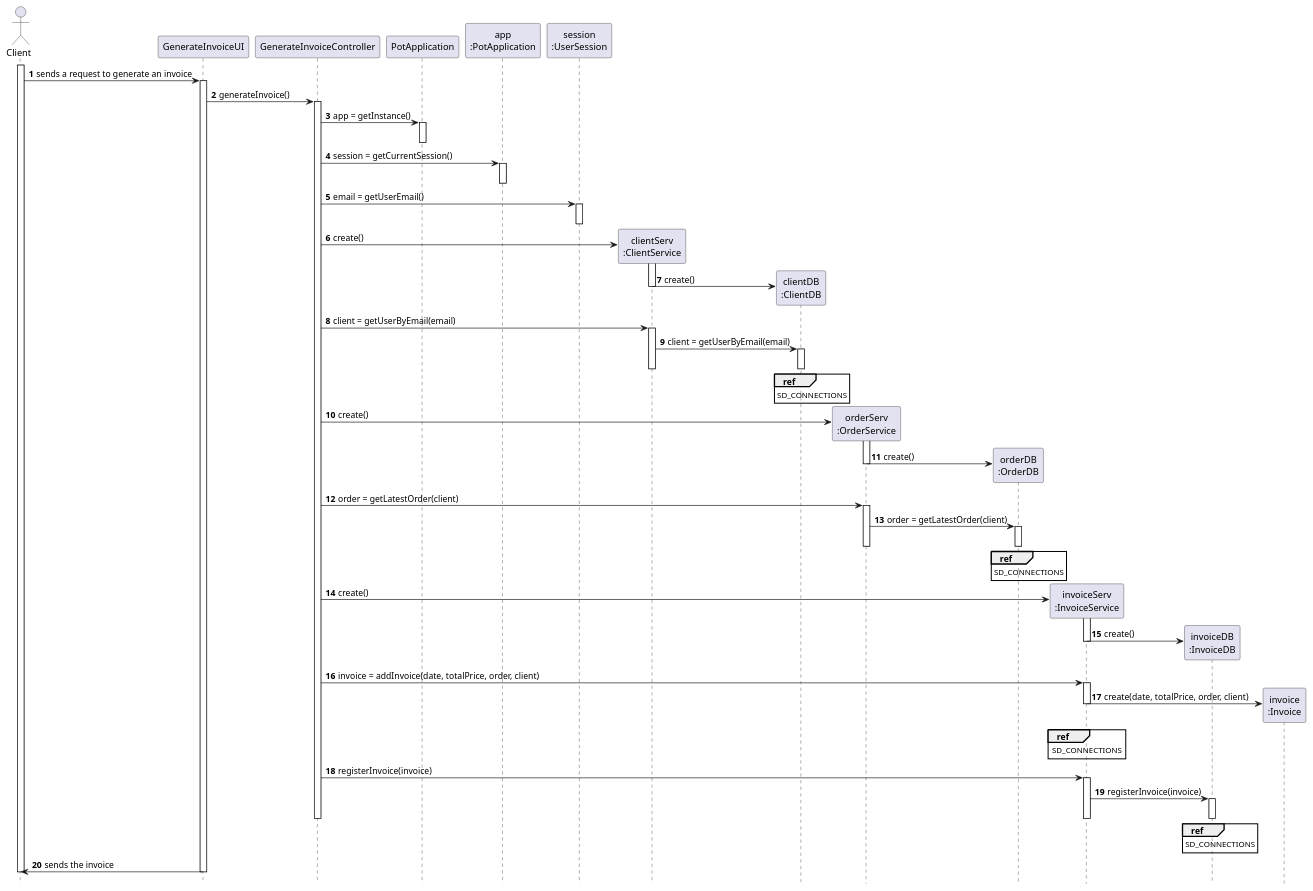
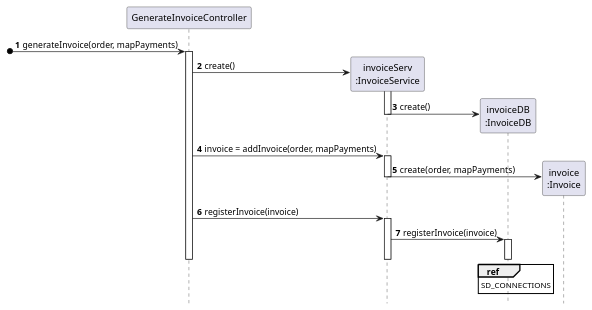
The diagram in docs/Iteration 2/Make An Order/Refinement/US26_GenerateInvoice/US26_SD.puml (tiagoavcosta25/LAPR3), drawn with PlantUML before and after one commit. The commit also changed 7 other files, not shown here.

Commit message:
LAPR2AP2-155 #refining Generate Invoice [Review]

```diff
--- a/docs/Iteration 2/Make An Order/Refinement/US26_GenerateInvoice/US26_SD.puml
+++ b/docs/Iteration 2/Make An Order/Refinement/US26_GenerateInvoice/US26_SD.puml
@@ -1,92 +1,35 @@
 @startuml
 autonumber
 hide footbox
 
-actor "Client" as CL
-
-participant "GenerateInvoiceUI" as UI
 participant "GenerateInvoiceController" as CTRL
-participant "PotApplication" as _APP
-participant "app\n:PotApplication" as APP
-participant "session\n:UserSession" as SESSION
-participant "clientServ\n:ClientService" as CS
-participant "clientDB\n:ClientDB" as CDB
-participant "orderServ\n:OrderService" as OS
-participant "orderDB\n:OrderDB" as ODB
 participant "invoiceServ\n:InvoiceService" as IS
 participant "invoiceDB\n:InvoiceDB" as IDB
 participant "invoice\n:Invoice" as I
 
-activate CL
 
-CL -> UI : sends a request to generate an invoice
-activate UI
-UI -> CTRL : generateInvoice()
+[o-> CTRL : generateInvoice(order, mapPayments)
 activate CTRL
-CTRL -> _APP: app = getInstance()
-activate _APP
-deactivate _APP
-
-CTRL -> APP: session = getCurrentSession()
-activate APP
-deactivate APP
-
-CTRL -> SESSION: email = getUserEmail()
-activate SESSION
-deactivate SESSION
-CTRL -> CS** : create()
-activate CS
-CS -> CDB** : create()
-deactivate CS
-CTRL -> CS : client = getUserByEmail(email)
-activate CS
-CS -> CDB : client = getUserByEmail(email)
-activate CDB
-ref over CDB
-SD_CONNECTIONS
-end ref
-deactivate CDB
-deactivate CS
-
-CTRL -> OS** : create()
-activate OS
-OS -> ODB** : create()
-deactivate OS
-CTRL -> OS : order = getLatestOrder(client)
-activate OS
-OS -> ODB : order = getLatestOrder(client)
-activate ODB
-ref over ODB
-SD_CONNECTIONS
-end ref
-deactivate ODB
-deactivate OS
 
 CTRL -> IS** : create()
 activate IS
 IS -> IDB** : create()
 deactivate IS
 
-CTRL -> IS : invoice = addInvoice(date, totalPrice, order, client)
+CTRL -> IS : invoice = addInvoice(order, mapPayments)
 activate IS
-IS -> I** : create(date, totalPrice, order, client)
-ref over IS
-SD_CONNECTIONS
-end ref
+IS -> I** : create(order, mapPayments)
 deactivate IS
 
 CTRL -> IS : registerInvoice(invoice)
 activate IS
 IS -> IDB : registerInvoice(invoice)
 activate IDB
 ref over IDB
 SD_CONNECTIONS
 end ref
 deactivate IDB
 deactivate IS
 deactivate CTRL
-UI -> CL : sends the invoice
-deactivate UI
-deactivate CL
 
 @enduml
```
